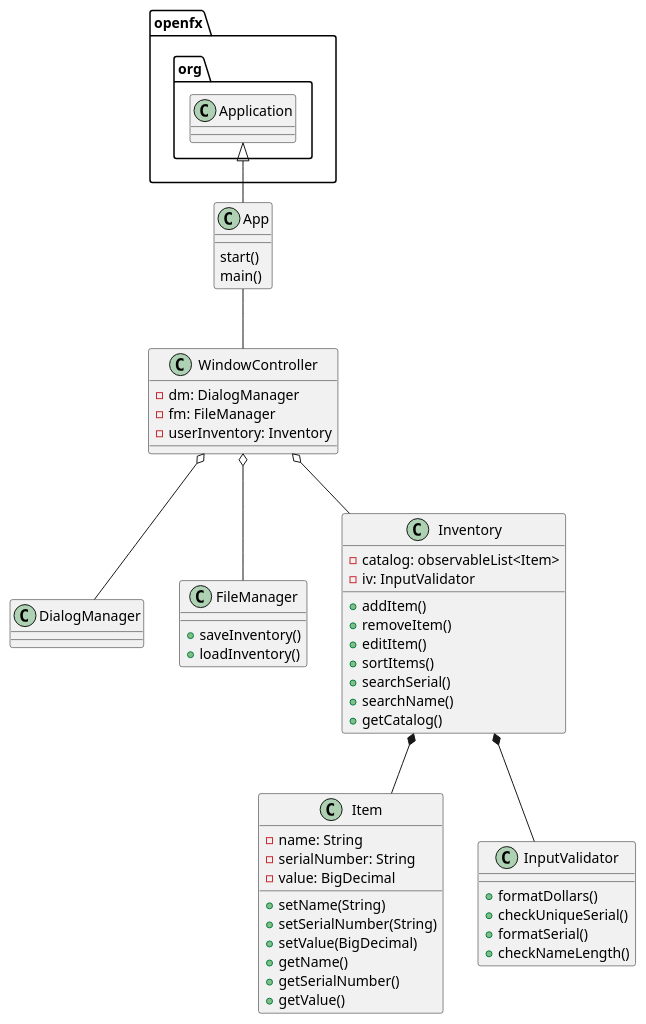
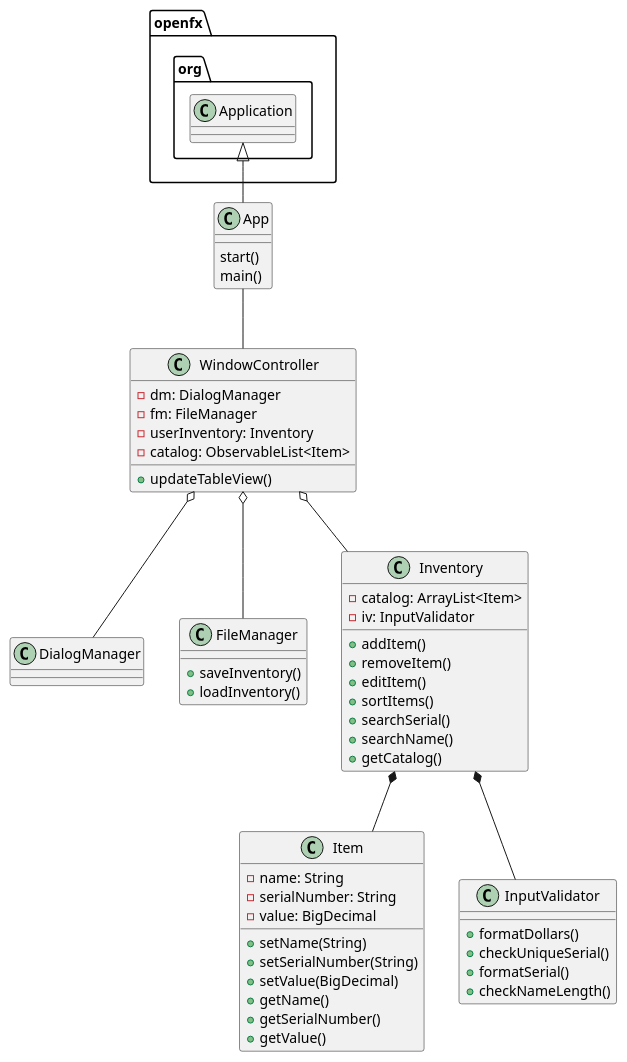
Before and after one commit to kingraham228/Ingraham-7945-a5: the diagram in uml/Inventory.puml, drawn with PlantUML. The commit also changed 4 other files, not shown here.

```diff
--- a/uml/Inventory.puml
+++ b/uml/Inventory.puml
@@ -1,61 +1,64 @@
 @startuml
 class App{
 start()
 main()
 }
 
 class WindowController{
 - dm: DialogManager
 - fm: FileManager
 - userInventory: Inventory
+- catalog: ObservableList<Item>
+
++updateTableView()
 }
 
 class DialogManager{
 }
 
 class FileManager{
 +saveInventory()
 +loadInventory()
 }
 
 class Inventory{
-- catalog: observableList<Item>
+- catalog: ArrayList<Item>
 - iv: InputValidator
 
 +addItem()
 +removeItem()
 +editItem()
 +sortItems()
 +searchSerial()
 +searchName()
 +getCatalog()
 }
 
 class Item{
 -name: String
 -serialNumber: String
 -value: BigDecimal
 
 +setName(String)
 +setSerialNumber(String)
 +setValue(BigDecimal)
 +getName()
 +getSerialNumber()
 +getValue()
 }
 
 class InputValidator{
 + formatDollars()
 + checkUniqueSerial()
 + formatSerial()
 + checkNameLength()
 }
 
 openfx.org.Application <|-- App
 App -- WindowController
 WindowController o-- DialogManager
 WindowController o-- FileManager
 WindowController o-- Inventory
 Inventory *-- Item
 Inventory *-- InputValidator
 @enduml
```
